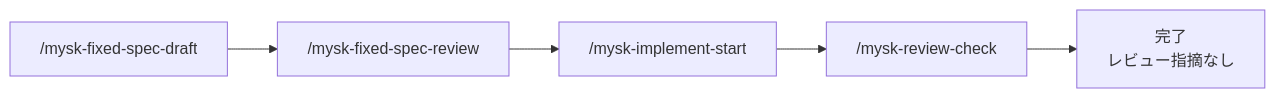
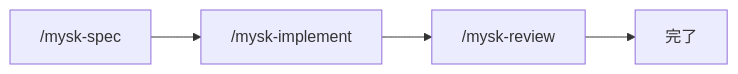
Before and after one commit to ainoobmenpg/claude-code-myskills: the first of 2 diagrams in docs/workflow.md, drawn with Mermaid. The commit also changed other lines of this file and 29 other files, not shown here.

````diff
--- a/docs/workflow.md
+++ b/docs/workflow.md
@@ -7,7 +7,6 @@
 ```mermaid
 graph LR
-    A["/mysk-fixed-spec-draft"] --> B["/mysk-fixed-spec-review"]
-    B --> C["/mysk-implement-start"]
-    C --> D["/mysk-review-check"]
-    D --> E["完了<br/>レビュー指摘なし"]
+    A["/mysk-spec"] --> B["/mysk-implement"]
+    B --> C["/mysk-review"]
+    C --> D["完了"]
 ```
````
